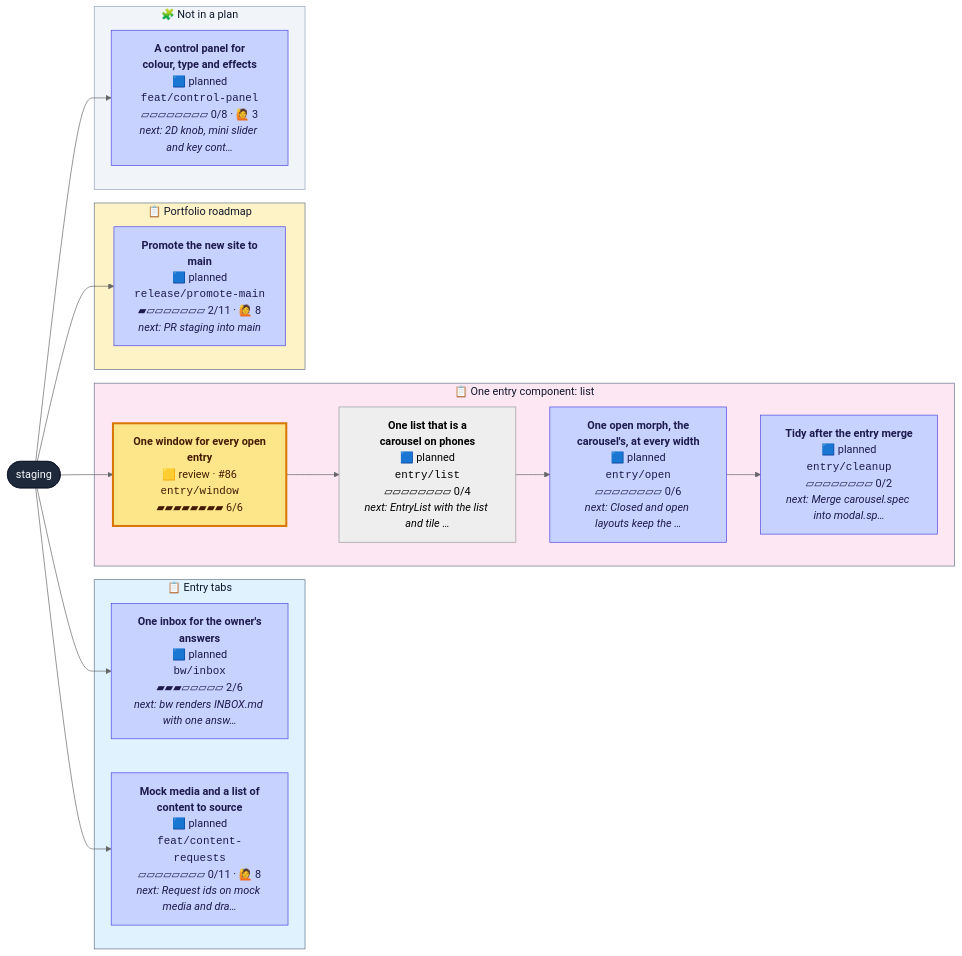
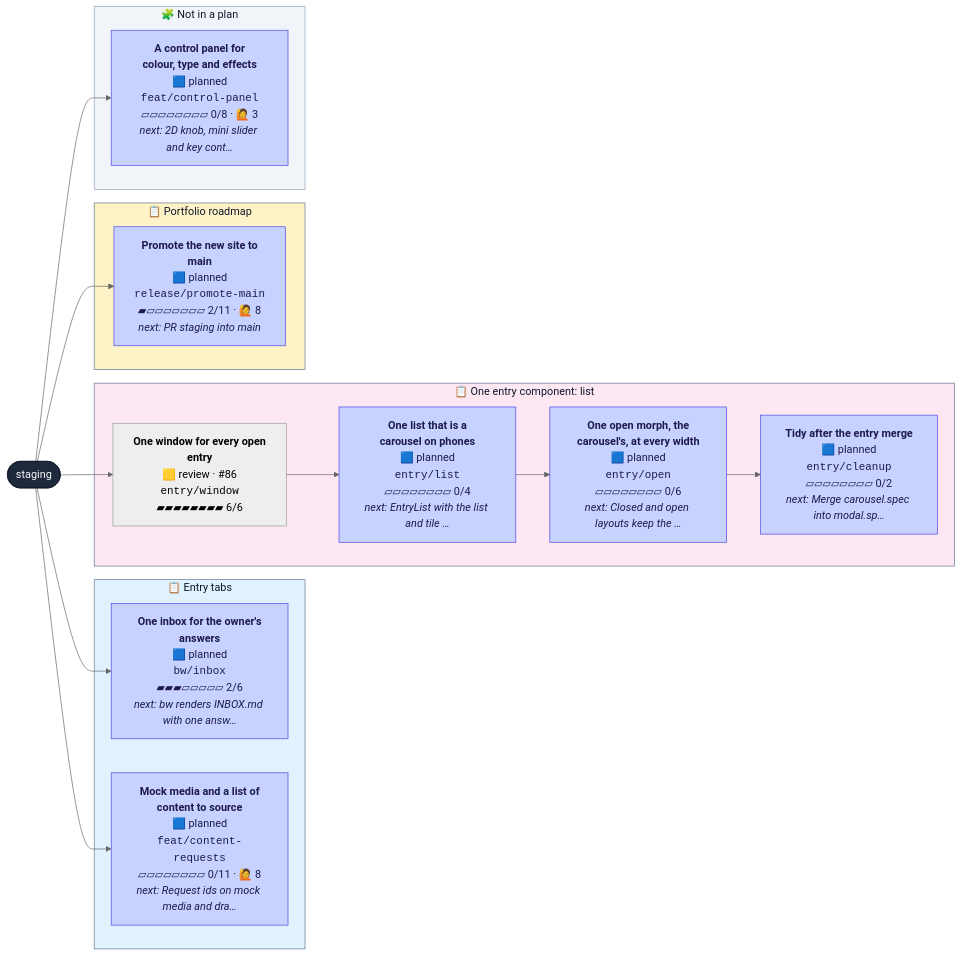
Before and after one commit to henryjonescodes/portfolio: the diagram in CONTRIBUTING.md, drawn with Mermaid (neutral theme). The commit also changed other lines of this file, not shown here.

````diff
--- a/CONTRIBUTING.md
+++ b/CONTRIBUTING.md
@@ -16,47 +16,47 @@
 ```mermaid
 flowchart LR
   n_staging([staging])
   class n_staging trunk
   subgraph plan_0["📋 Entry tabs"]
     n_bw_inbox["<b>One inbox for the owner's<br/>answers</b><br/>🟦 planned<br/><code>bw/inbox</code><br/>▰▰▰▱▱▱▱▱ 2/6<br/><i>next: bw renders INBOX.md with one answ…</i>"]
     class n_bw_inbox planned
     n_feat_content_requests["<b>Mock media and a list of<br/>content to source</b><br/>🟦 planned<br/><code>feat/content-requests</code><br/>▱▱▱▱▱▱▱▱ 0/11 · 🙋 8<br/><i>next: Request ids on mock media and dra…</i>"]
     class n_feat_content_requests planned
   end
   style plan_0 fill:#e0f2fe,stroke:#64748b,color:#0f172a
   subgraph plan_1["📋 One entry component: list"]
     n_entry_cleanup["<b>Tidy after the entry merge</b><br/>🟦 planned<br/><code>entry/cleanup</code><br/>▱▱▱▱▱▱▱▱ 0/2<br/><i>next: Merge carousel.spec into modal.sp…</i>"]
     class n_entry_cleanup planned
     n_entry_list["<b>One list that is a<br/>carousel on phones</b><br/>🟦 planned<br/><code>entry/list</code><br/>▱▱▱▱▱▱▱▱ 0/4<br/><i>next: EntryList with the list and tile …</i>"]
-    class n_entry_list planned,current
+    class n_entry_list planned
     n_entry_open["<b>One open morph, the<br/>carousel's, at every width</b><br/>🟦 planned<br/><code>entry/open</code><br/>▱▱▱▱▱▱▱▱ 0/6<br/><i>next: Closed and open layouts keep the …</i>"]
     class n_entry_open planned
     n_entry_window["<b>One window for every open<br/>entry</b><br/>🟨 review · #86<br/><code>entry/window</code><br/>▰▰▰▰▰▰▰▰ 6/6"]
-    class n_entry_window review
+    class n_entry_window review,current
   end
   style plan_1 fill:#fce7f3,stroke:#64748b,color:#0f172a
   subgraph plan_3["📋 Portfolio roadmap"]
     n_release_promote_main["<b>Promote the new site to<br/>main</b><br/>🟦 planned<br/><code>release/promote-main</code><br/>▰▱▱▱▱▱▱▱ 2/11 · 🙋 8<br/><i>next: PR staging into main</i>"]
     class n_release_promote_main planned
   end
   style plan_3 fill:#fef3c7,stroke:#64748b,color:#0f172a
   subgraph loose["🧩 Not in a plan"]
     n_feat_control_panel["<b>A control panel for<br/>colour, type and effects</b><br/>🟦 planned<br/><code>feat/control-panel</code><br/>▱▱▱▱▱▱▱▱ 0/8 · 🙋 3<br/><i>next: 2D knob, mini slider and key cont…</i>"]
     class n_feat_control_panel planned
   end
   style loose fill:#f1f5f9,stroke:#94a3b8,color:#0f172a
   n_staging --> n_bw_inbox
   n_entry_open --> n_entry_cleanup
   n_entry_window --> n_entry_list
   n_entry_list --> n_entry_open
   n_staging --> n_entry_window
   n_staging --> n_feat_content_requests
   n_staging --> n_feat_control_panel
   n_staging --> n_release_promote_main
   classDef planned fill:#c7d2fe,stroke:#4f46e5,color:#1e1b4b
   classDef active fill:#bbf7d0,stroke:#16a34a,stroke-width:3px,color:#052e16
   classDef review fill:#fde68a,stroke:#d97706,stroke-width:3px,color:#451a03
   classDef blocked fill:#fecaca,stroke:#dc2626,stroke-width:3px,color:#450a0a
   classDef trunk fill:#1e293b,stroke:#0f172a,color:#f8fafc
   classDef current stroke:#0ea5e9,stroke-width:5px
 ```
````
